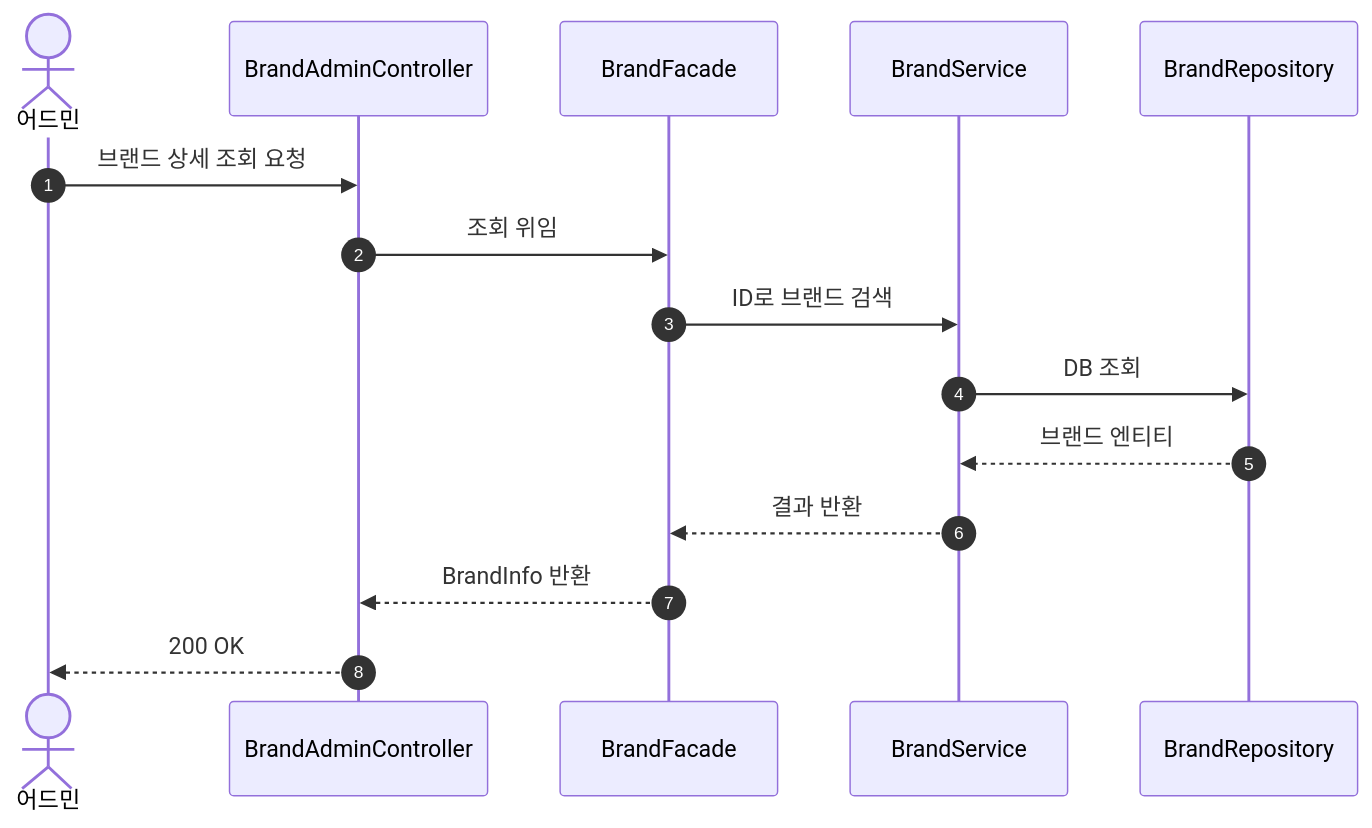
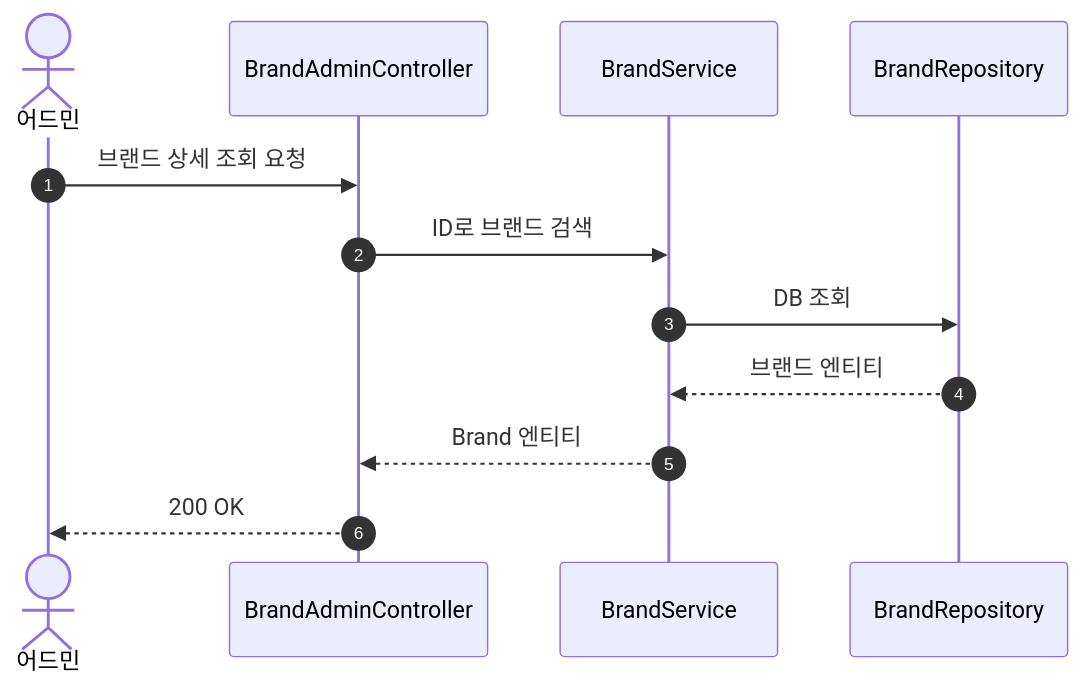
One commit to Loopers-dev-lab/loop-pack-be-l2-vol3-kotlin changed the fifth of 21 diagrams in docs/design-v2/02-sequence-diagrams-v2.md. Above: the diagram before and after it, drawn with Mermaid. The commit also changed other lines of this file and 6 other files, not shown here.

First line of the commit message:
docs: v2 설계 문서 2차 리뷰 반영 — 6건 이슈 해소, 플로우차트·마인드맵 추가

````diff
--- a/docs/design-v2/02-sequence-diagrams-v2.md
+++ b/docs/design-v2/02-sequence-diagrams-v2.md
@@ -136,17 +127,14 @@
 ```mermaid
 sequenceDiagram
     autonumber
     actor Admin as 어드민
     participant C as BrandAdminController
-    participant F as BrandFacade
     participant S as BrandService
     participant R as BrandRepository
     Admin ->> C: 브랜드 상세 조회 요청
-    C ->> F: 조회 위임
-    F ->> S: ID로 브랜드 검색
+    C ->> S: ID로 브랜드 검색
     S ->> R: DB 조회
     R -->> S: 브랜드 엔티티
-    S -->> F: 결과 반환
-    F -->> C: BrandInfo 반환
+    S -->> C: Brand 엔티티
     C -->> Admin: 200 OK
 ```
````
